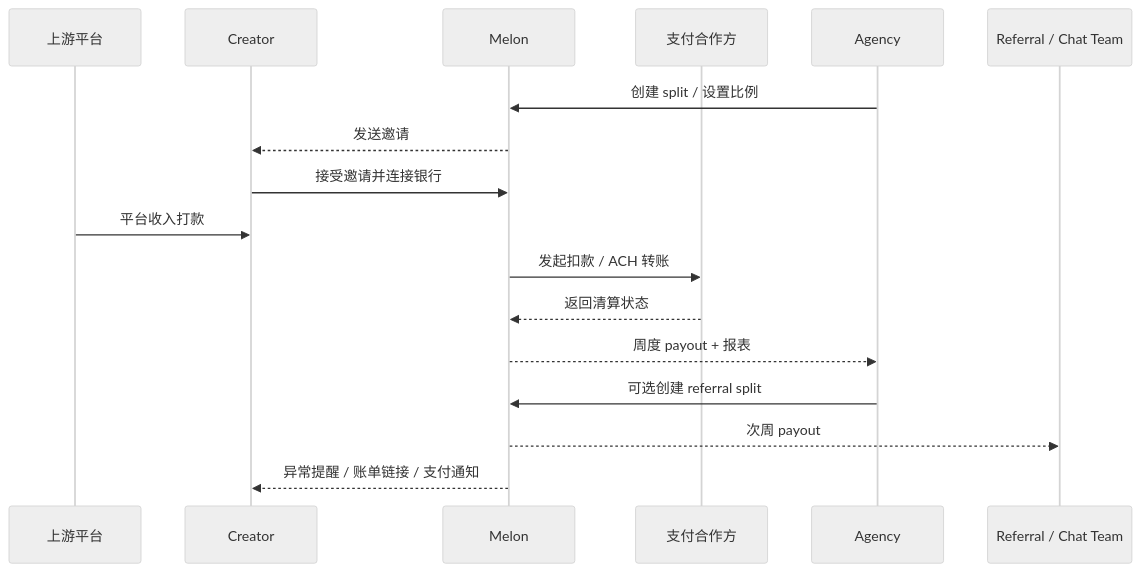
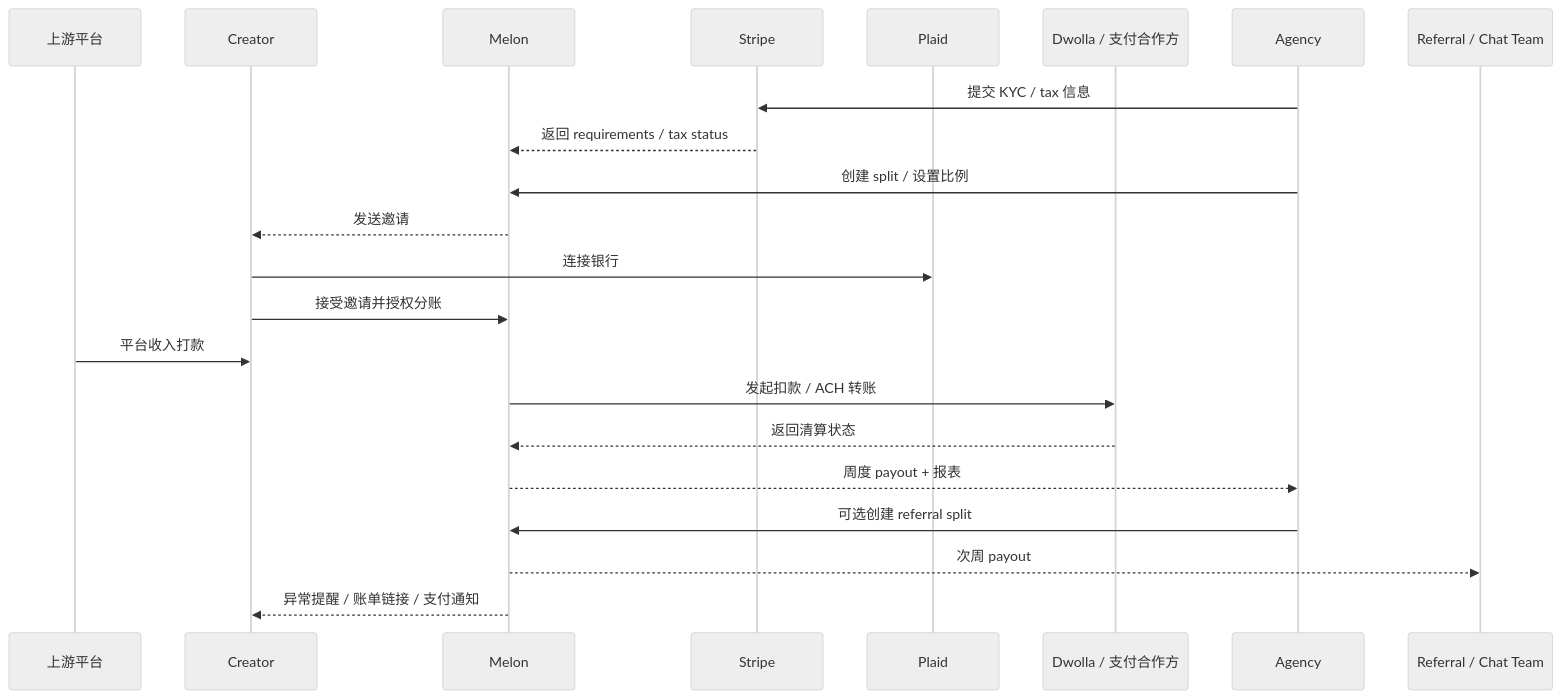
One commit to ryan-alexander-zhang/ryan-copilot changed the second of 4 diagrams in reports/melon/01-product-understanding.md. Above: the diagram before and after it, drawn with Mermaid (neutral theme). The commit also changed other lines of this file and 3 other files, not shown here.

````diff
--- a/reports/melon/01-product-understanding.md
+++ b/reports/melon/01-product-understanding.md
@@ -186,20 +210,25 @@
 ```mermaid
 sequenceDiagram
   participant Platform as 上游平台
   participant Creator as Creator
   participant Melon as Melon
-  participant Partners as 支付合作方
+  participant Stripe as Stripe
+  participant Plaid as Plaid
+  participant Dwolla as Dwolla / 支付合作方
   participant Agency as Agency
   participant Referral as Referral / Chat Team
 
+  Agency->>Stripe: 提交 KYC / tax 信息
+  Stripe-->>Melon: 返回 requirements / tax status
   Agency->>Melon: 创建 split / 设置比例
   Melon-->>Creator: 发送邀请
-  Creator->>Melon: 接受邀请并连接银行
+  Creator->>Plaid: 连接银行
+  Creator->>Melon: 接受邀请并授权分账
   Platform->>Creator: 平台收入打款
-  Melon->>Partners: 发起扣款 / ACH 转账
-  Partners-->>Melon: 返回清算状态
+  Melon->>Dwolla: 发起扣款 / ACH 转账
+  Dwolla-->>Melon: 返回清算状态
   Melon-->>Agency: 周度 payout + 报表
   Agency->>Melon: 可选创建 referral split
   Melon-->>Referral: 次周 payout
   Melon-->>Creator: 异常提醒 / 账单链接 / 支付通知
 ```
````
